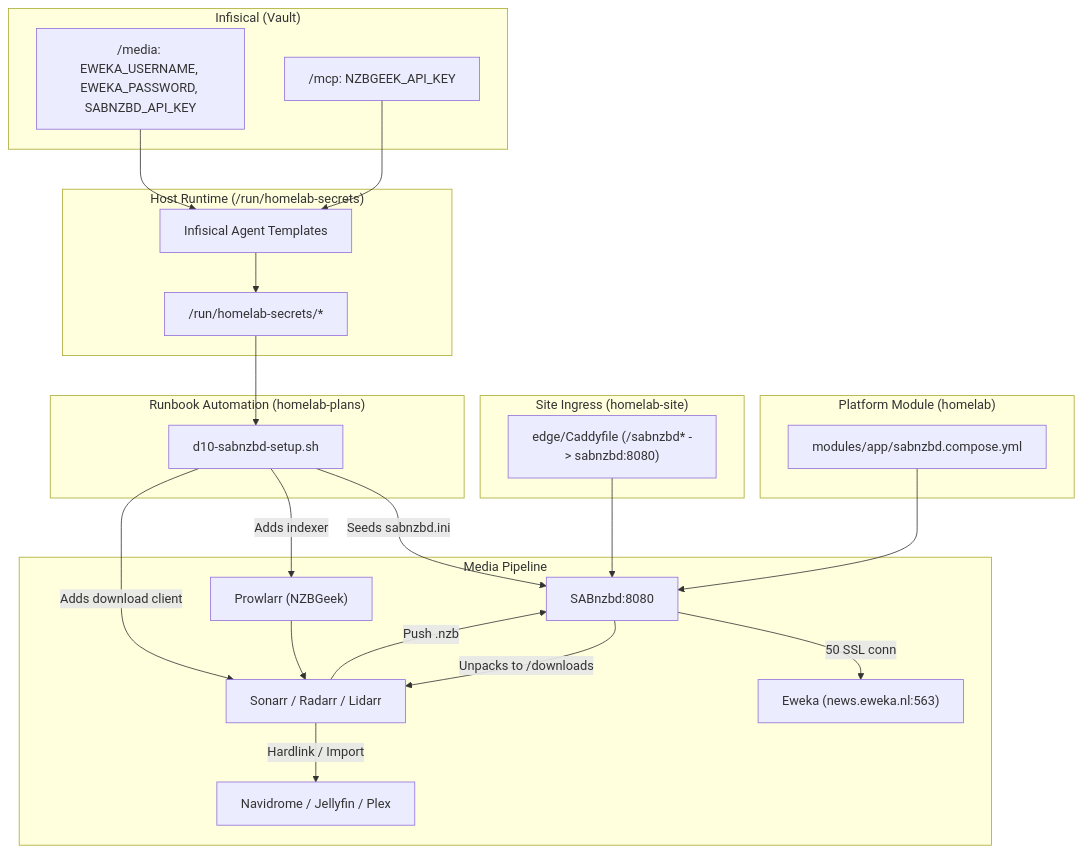
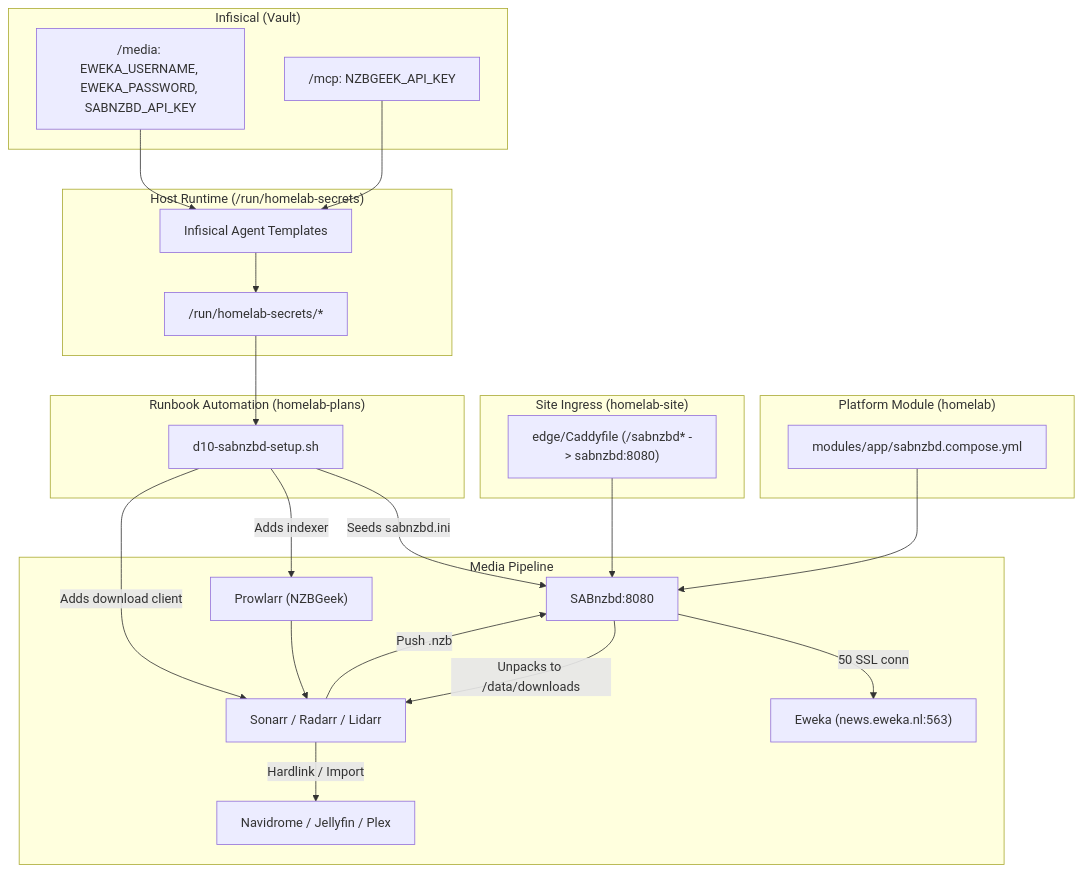
One commit to jon-robbins/homelab changed the diagram in docs/superpowers/plans/2026-11-01-usenet-sabnzbd-setup.md. Above: the diagram before and after it, drawn with Mermaid. The commit also changed other lines of this file and 56 other files, not shown here.

````diff
--- a/docs/superpowers/plans/2026-11-01-usenet-sabnzbd-setup.md
+++ b/docs/superpowers/plans/2026-11-01-usenet-sabnzbd-setup.md
@@ -11,40 +11,40 @@
 ```mermaid
 flowchart TD
     subgraph "Infisical (Vault)"
         I1["/media: EWEKA_USERNAME, EWEKA_PASSWORD, SABNZBD_API_KEY"]
         I2["/mcp: NZBGEEK_API_KEY"]
     end
 
     subgraph "Host Runtime (/run/homelab-secrets)"
         T1["Infisical Agent Templates"] --> S1["/run/homelab-secrets/*"]
     end
 
     subgraph "Platform Module (homelab)"
         M1["modules/app/sabnzbd.compose.yml"]
     end
 
     subgraph "Site Ingress (homelab-site)"
         C1["edge/Caddyfile (/sabnzbd* -> sabnzbd:8080)"]
     end
 
     subgraph "Runbook Automation (homelab-plans)"
         R1["d10-sabnzbd-setup.sh"]
     end
 
     subgraph "Media Pipeline"
         P1["Prowlarr (NZBGeek)"] --> A1["Sonarr / Radarr / Lidarr"]
         A1 -->|Push .nzb| S2["SABnzbd:8080"]
         S2 -->|50 SSL conn| E1["Eweka (news.eweka.nl:563)"]
-        S2 -->|Unpacks to /downloads| A1
+        S2 -->|Unpacks to /data/downloads| A1
         A1 -->|Hardlink / Import| J1["Navidrome / Jellyfin / Plex"]
     end
 
     I1 --> T1
     I2 --> T1
     S1 --> R1
     R1 -->|Seeds sabnzbd.ini| S2
     R1 -->|Adds indexer| P1
     R1 -->|Adds download client| A1
     M1 --> S2
     C1 --> S2
 ```
````
